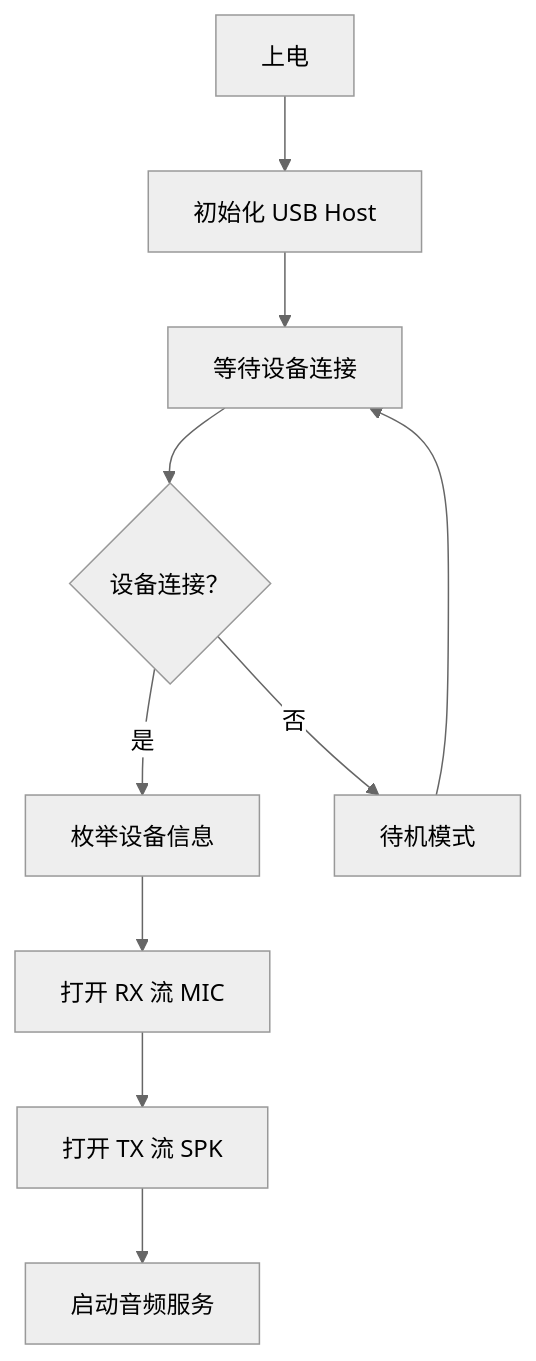
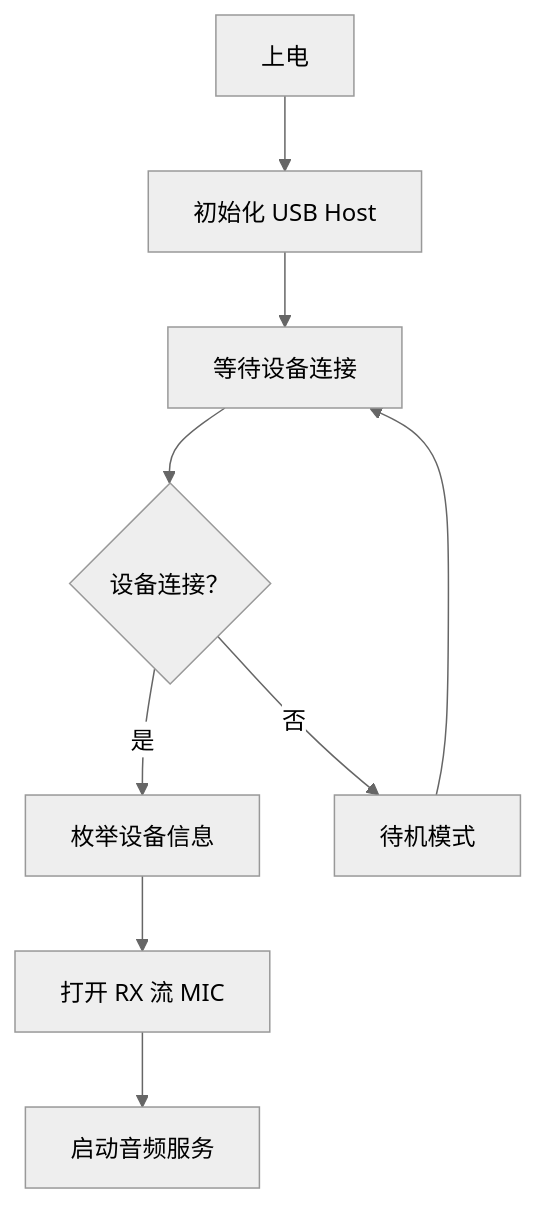
One commit to Amile-Wang/Jabob-main changed the diagram in main/audio/codecs/README_UAC.md. Above: the diagram before and after it, drawn with Mermaid (neutral theme). The commit also changed other lines of this file and 10 other files, not shown here.

````diff
--- a/main/audio/codecs/README_UAC.md
+++ b/main/audio/codecs/README_UAC.md
@@ -106,12 +108,11 @@
 ```mermaid
 graph TD
     A[上电] --> B[初始化 USB Host]
     B --> C[等待设备连接]
     C --> D{设备连接？}
     D -->|是 | E[枚举设备信息]
     E --> F[打开 RX 流 MIC]
-    F --> G[打开 TX 流 SPK]
-    G --> H[启动音频服务]
+    F --> G[启动音频服务]
     D -->|否 | I[待机模式]
     I --> C
 ```
````
